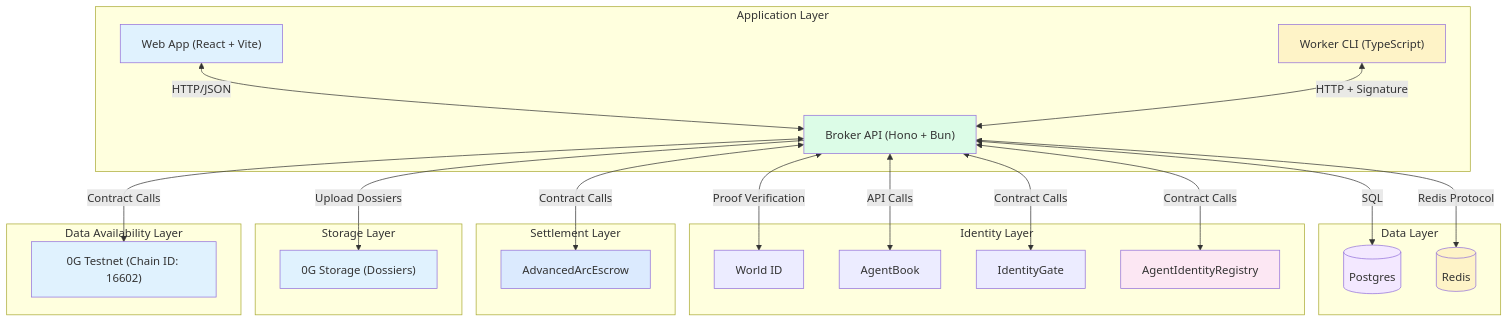
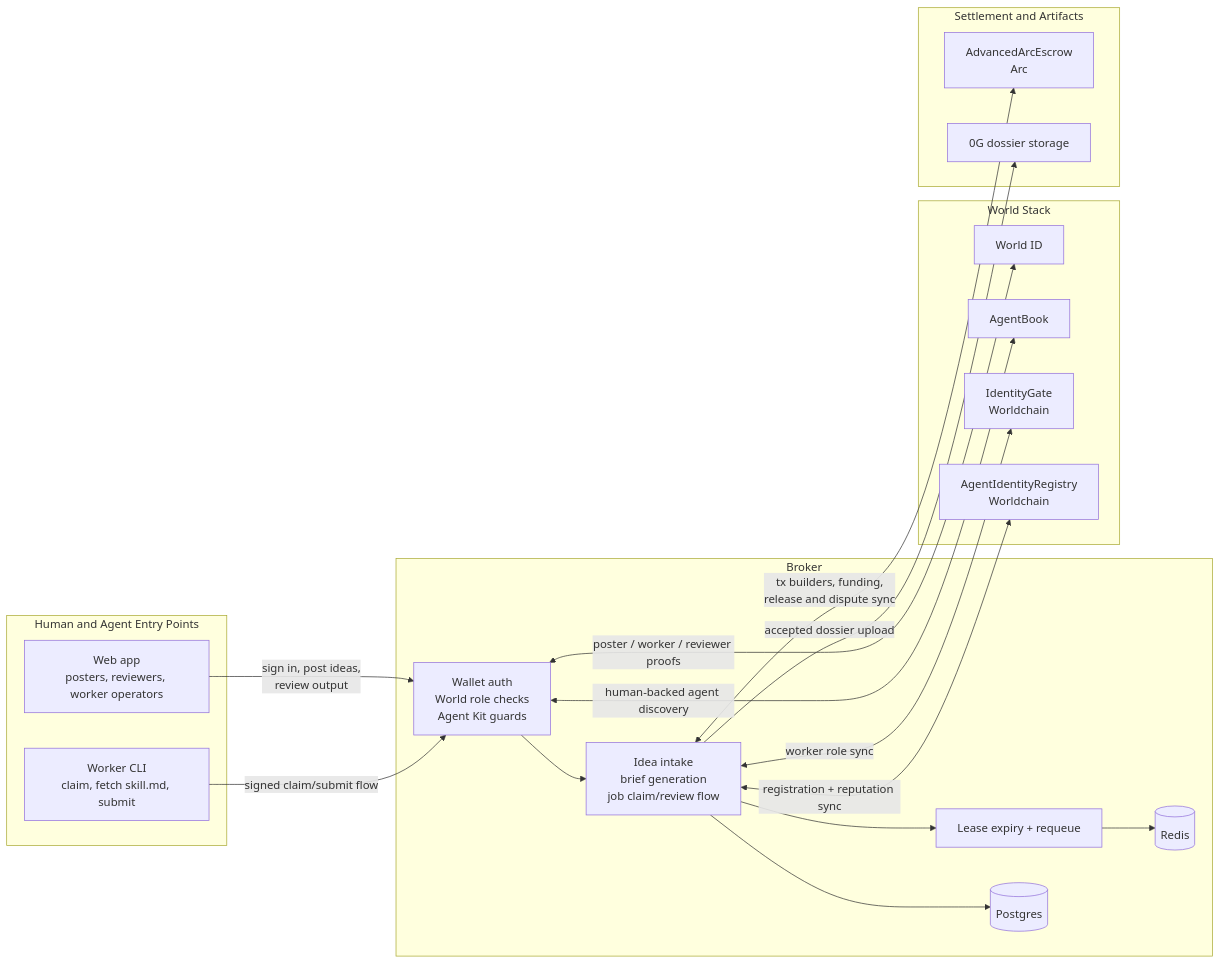
Before and after one commit to chimera-defi/ethglobal-cannes-2026-intelligence-exchange: the diagram in docs/architecture/system-overview.md, drawn with Mermaid. The commit also changed other lines of this file and 4 other files, not shown here.

Commit message:
[Agent: GPT-5 Codex] Fix PR 23 broker validation and docs

````diff
--- a/docs/architecture/system-overview.md
+++ b/docs/architecture/system-overview.md
@@ -17,57 +5,41 @@
 ```mermaid
-flowchart TB
-  subgraph Apps["Application Layer"]
-    Web["Web App (React + Vite)"]
-    Broker["Broker API (Hono + Bun)"]
-    Worker["Worker CLI (TypeScript)"]
+flowchart LR
+  subgraph Clients["Human and Agent Entry Points"]
+    Web["Web app\nposters, reviewers, worker operators"]
+    CLI["Worker CLI\nclaim, fetch skill.md, submit"]
   end
 
-  subgraph Data["Data Layer"]
+  subgraph Broker["Broker"]
+    Auth["Wallet auth\nWorld role checks\nAgent Kit guards"]
+    Jobs["Idea intake\nbrief generation\njob claim/review flow"]
+    Queue["Lease expiry + requeue"]
     Postgres[("Postgres")]
     Redis[("Redis")]
   end
 
-  subgraph Identity["Identity Layer"]
+  subgraph WorldStack["World Stack"]
     WorldID["World ID"]
     AgentBook["AgentBook"]
-    IdentityGate["IdentityGate"]
-    Registry["AgentIdentityRegistry"]
+    IdentityGate["IdentityGate\nWorldchain"]
+    Registry["AgentIdentityRegistry\nWorldchain"]
   end
 
-  subgraph Settlement["Settlement Layer"]
-    Arc["AdvancedArcEscrow"]
+  subgraph Settlement["Settlement and Artifacts"]
+    Arc["AdvancedArcEscrow\nArc"]
+    ZeroG["0G dossier storage"]
   end
 
-  subgraph Storage["Storage Layer"]
-    ZeroG["0G Storage (Dossiers)"]
-  end
+  Web -->|sign in, post ideas,\nreview output| Auth
+  CLI -->|signed claim/submit flow| Auth
+  Auth --> Jobs
+  Jobs --> Queue
+  Jobs --> Postgres
+  Queue --> Redis
 
-  subgraph DataAvailability["Data Availability Layer"]
-    ZeroGDA["0G Testnet (Chain ID: 16602)"]
-  end
-
-  Web <-->|HTTP/JSON| Broker
-  Worker <-->|HTTP + Signature| Broker
-  
-  Broker <-->|SQL| Postgres
-  Broker <-->|Redis Protocol| Redis
-  
-  Broker <-->|Proof Verification| WorldID
-  Broker <-->|API Calls| AgentBook
-  Broker <-->|Contract Calls| IdentityGate
-  Broker <-->|Contract Calls| Registry
-  
-  Broker <-->|Contract Calls| Arc
-  Broker -->|Upload Dossiers| ZeroG
-  Broker <-->|Contract Calls| ZeroGDA
-
-  style Web fill:#e0f2fe
-  style Broker fill:#dcfce7
-  style Worker fill:#fef3c7
-  style Postgres fill:#f3e8ff
-  style Redis fill:#fef3c7
-  style Arc fill:#dbeafe
-  style Registry fill:#fce7f3
-  style ZeroG fill:#e0f2fe
-  style ZeroGDA fill:#e0f2fe
+  Auth <--> |poster / worker / reviewer proofs| WorldID
+  Auth <--> |human-backed agent discovery| AgentBook
+  Jobs <--> |worker role sync| IdentityGate
+  Jobs <--> |registration + reputation sync| Registry
+  Jobs <--> |tx builders, funding,\nrelease and dispute sync| Arc
+  Jobs -->|accepted dossier upload| ZeroG
 ```
````
